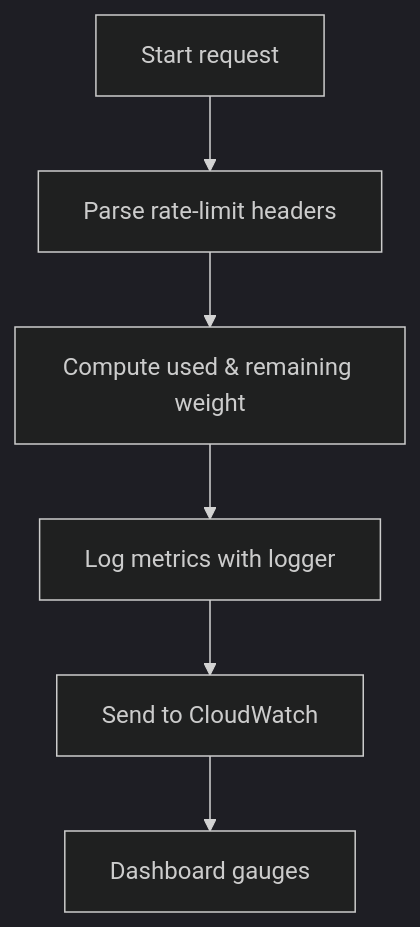
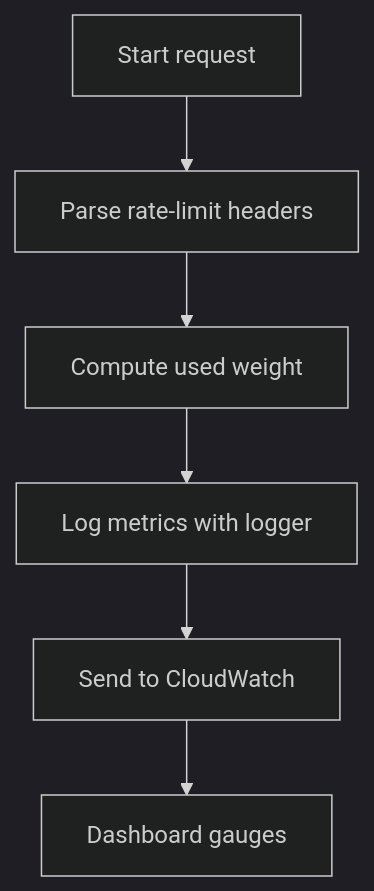
One commit to rahjooh/CryptoTrade changed the first of 5 diagrams in internal/metrics/rate/rate.md. Above: the diagram before and after it, drawn with Mermaid (dark theme). The commit also changed other lines of this file and 8 other files, not shown here.

Commit message:
Simplify rate limit metrics to used weight

````diff
--- a/internal/metrics/rate/rate.md
+++ b/internal/metrics/rate/rate.md
@@ -25,8 +25,8 @@
 ```mermaid
 flowchart TD
     Start[Start request] --> ParseHeaders[Parse rate-limit headers]
-    ParseHeaders --> Compute[Compute used & remaining weight]
+    ParseHeaders --> Compute[Compute used weight]
     Compute --> LogMetrics[Log metrics with logger]
     LogMetrics --> Publish[Send to CloudWatch]
     Publish --> Gauge[Dashboard gauges]
 ```
````
